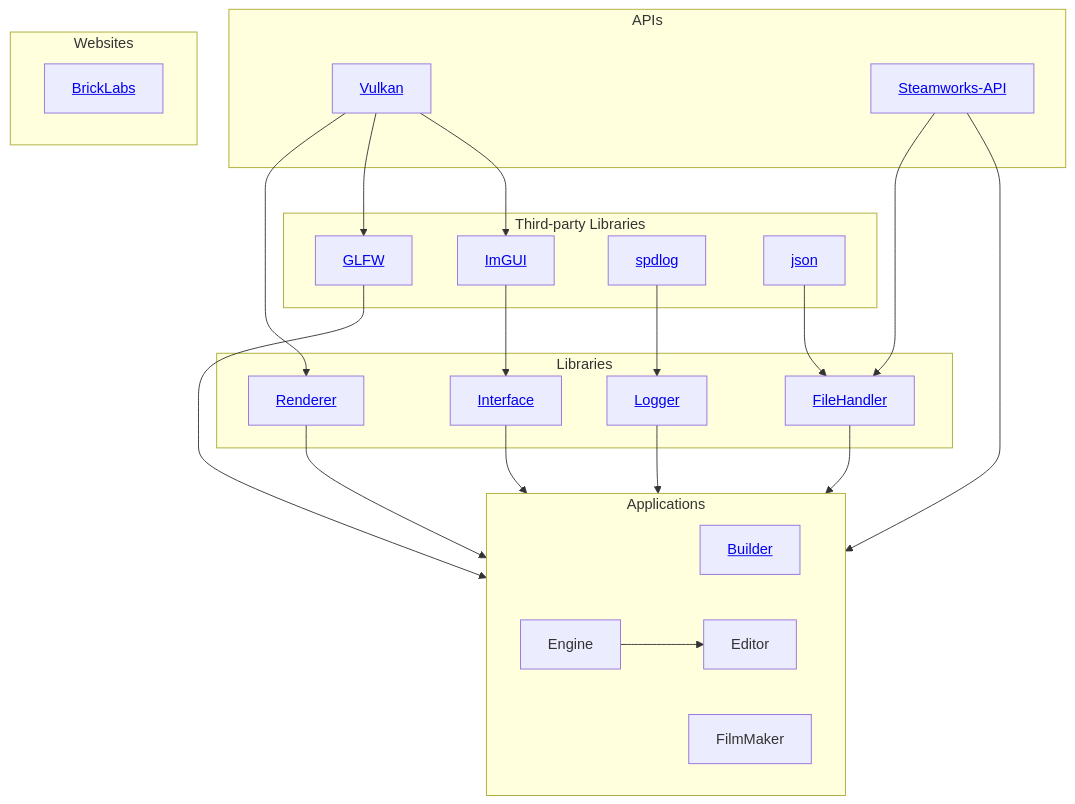
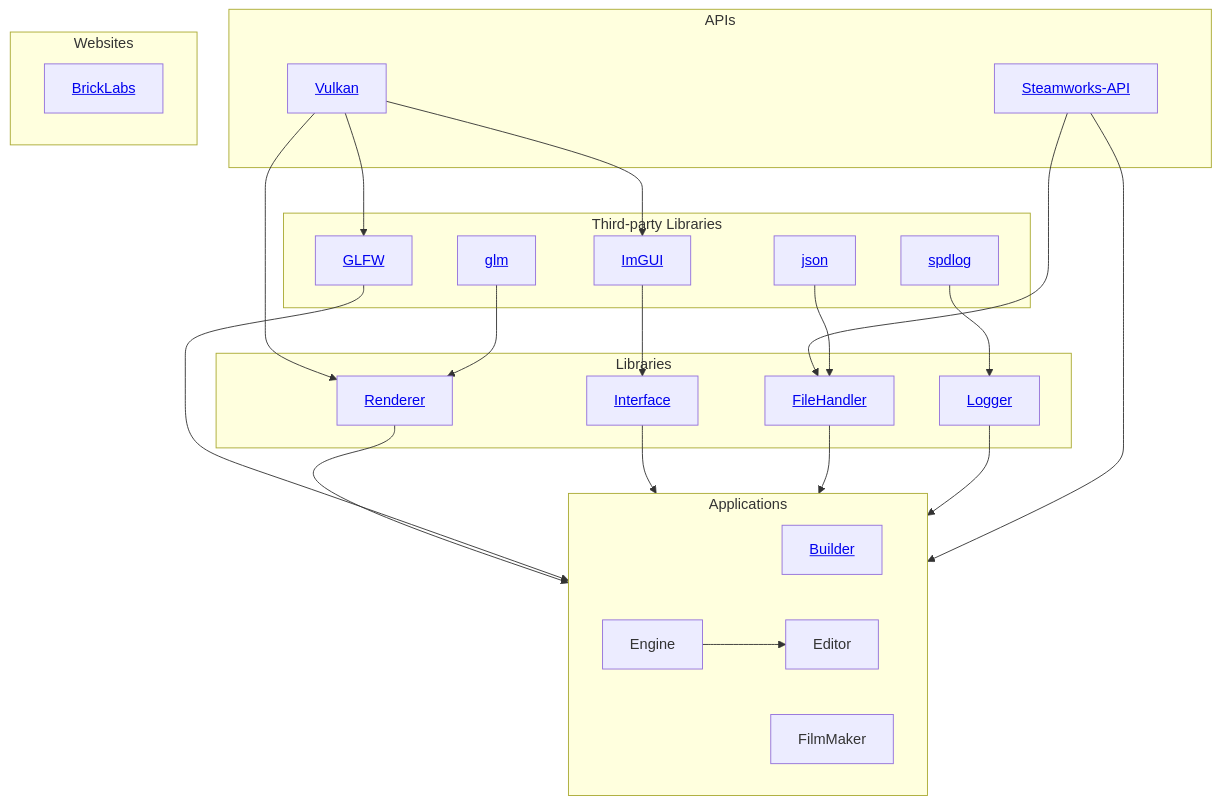
The diagram in profile/README.md (Brick-Labs/.github), drawn with Mermaid before and after one commit.

Commit message:
Add glm library link to README

````diff
--- a/profile/README.md
+++ b/profile/README.md
@@ -6,57 +6,59 @@
 ```mermaid
 graph TD
     
     subgraph APIs
         Vulkan[<a href="https://vulkan.org">Vulkan</a>]
         SteamAPI[<a href="https://partner.steamgames.com/doc/sdk/api">Steamworks-API</a>]
     end
 
     subgraph Third-party Libraries
         GLFW[<a href="https://www.glfw.org">GLFW</a>]
         ImGUI[<a href="https://github.com/ocornut/imgui">ImGUI</a>]
         spdlog[<a href="https://github.com/gabime/spdlog">spdlog</a>]
         json[<a href="https://github.com/nlohmann/json">json</a>]
+        glm[<a href="https://github.com/g-truc/glm">glm</a>]
     end
 
     subgraph Libraries
         Renderer[<a href="https://github.com/Brick-Labs/Renderer">Renderer</a>]
         FileHandler[<a href="https://github.com/Brick-Labs/FileHandler">FileHandler</a>]
         Logger[<a href="https://github.com/Brick-Labs/Logger">Logger</a>]
         Interface[<a href="https://github.com/Brick-Labs/Interface">Interface</a>]
     end
 
     subgraph Applications
         Builder[<a href="https://github.com/Brick-Labs/Builder">Builder</a>]
         Engine
         Editor
         FilmMaker
     end
 
     subgraph Websites
         BrickLabsWeb[<a href="https://github.com/Brick-Labs/Website">BrickLabs</a>]
     end
 
     %% APIs to Libraries
     Vulkan --> Renderer
     Vulkan --> GLFW
     Vulkan --> ImGUI
     SteamAPI --> FileHandler
 
     %% Libraries to Libraries
     ImGUI --> Interface
     spdlog --> Logger
     json --> FileHandler
+    glm --> Renderer
 
     %% Librararies to Applications
     Renderer --> Applications
     GLFW --> Applications
     Interface --> Applications 
     FileHandler --> Applications
     Logger --> Applications
 
     %% APIs to Applications
     SteamAPI --> Applications
 
     %% Applications to Applications
     Engine --> Editor
 ```
````
